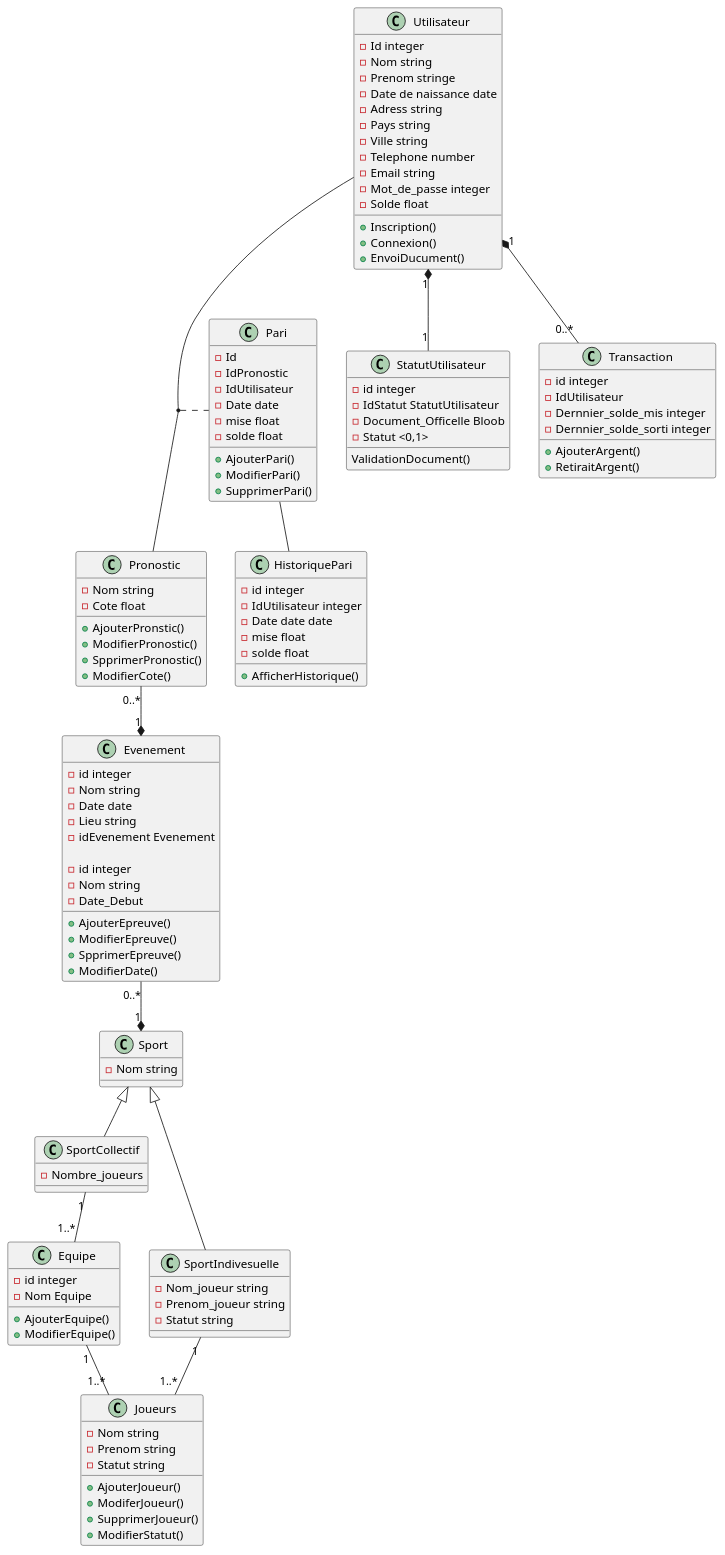
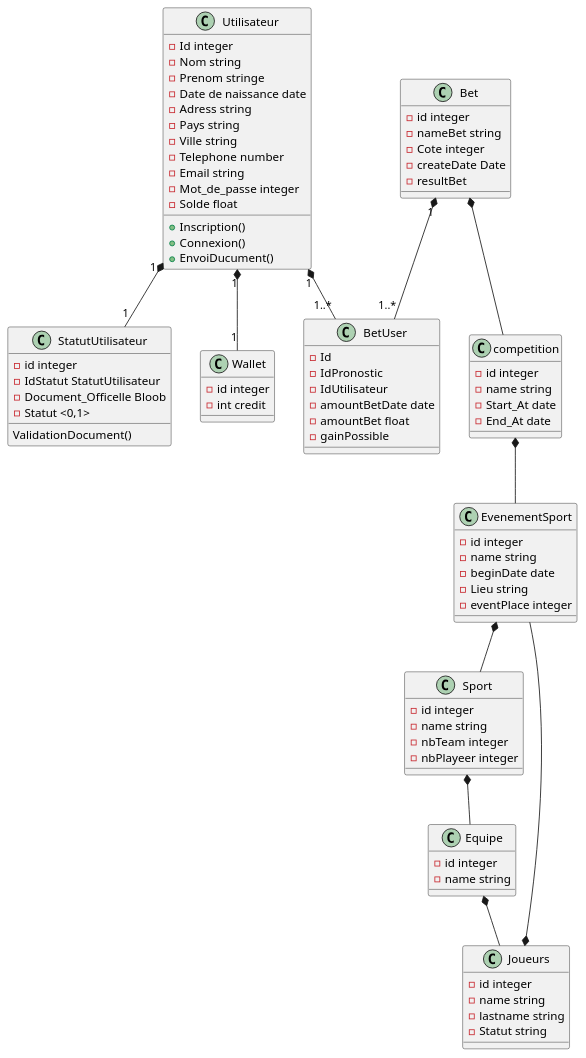
One commit to OFP-CDA-Mulhouse-2020/parisportif4 changed the diagram in Conception/pariSportif.puml. Above: the diagram before and after it, drawn with PlantUML. The commit also changed 1 other file, not shown here.

Commit message:
uml update

```diff
--- a/Conception/pariSportif.puml
+++ b/Conception/pariSportif.puml
@@ -1,134 +1,105 @@
 @startuml
 
 class Utilisateur {
     - Id integer
     - Nom string
     - Prenom stringe
     - Date de naissance date
     - Adress string
     - Pays string
     - Ville string
     - Telephone number
     - Email string
     - Mot_de_passe integer
     - Solde float
 
     + Inscription()
     + Connexion()
     + EnvoiDucument()
 }
 class StatutUtilisateur {
     - id integer
     - IdStatut StatutUtilisateur
     - Document_Officelle Bloob
     - Statut <0,1>
 
     ValidationDocument()
 }
 
-class Transaction {
+class Wallet {
     - id integer
-    - IdUtilisateur
-    - Dernnier_solde_mis integer
-    - Dernnier_solde_sorti integer
+    - int credit
 
-    + AjouterArgent()
-    + RetiraitArgent()
 }
 
-class Pari {
+class BetUser {
     - Id
     - IdPronostic
     - IdUtilisateur
-    - Date date
-    - mise float
-    - solde float
+    - amountBetDate date
+    - amountBet float
+    - gainPossible
 
-    + AjouterPari()
-    + ModifierPari()
-    + SupprimerPari()
 }
 
 
-class Pronostic {
-    - Nom string
-    - Cote float
-
-    + AjouterPronstic()
-    + ModifierPronostic()
-    + SpprimerPronostic()
-    + ModifierCote()
+class Bet {
+    - id integer
+    - nameBet string
+    - Cote integer
+    - createDate Date
+    - resultBet
 }
 
-class Evenement {
+class EvenementSport {
     - id integer
-    - Nom string
-    - Date date
+    - name string
+    - beginDate date
     - Lieu string
-    - idEvenement Evenement
-
-    + AjouterEpreuve()
-    + ModifierEpreuve()
-    + SpprimerEpreuve()
-    + ModifierDate()
+    - eventPlace integer
 }
 
-class Evenement {
+class competition {
     - id integer
-    - Nom string
-    - Date_Debut
+    - name string
+    - Start_At date
+    - End_At date
 }
 
 class Sport {
-    - Nom string
+    - id integer
+    - name string
+    - nbTeam integer
+    - nbPlayeer integer
 }
-class SportCollectif {
-    - Nombre_joueurs
-}
+
 class Equipe {
     - id integer
-    - Nom Equipe
+    - name string
 
-    + AjouterEquipe()
-    + ModifierEquipe()
 }
 class Joueurs {
-    - Nom string
-    - Prenom string
+    - id integer
+    - name string
+    - lastname string
     - Statut string
 
-    + AjouterJoueur()
-    + ModiferJoueur()
-    + SupprimerJoueur()
-    + ModifierStatut()
-}
-
-class SportIndivesuelle {
-    - Nom_joueur string
-    - Prenom_joueur string
-    - Statut string
-}
-class HistoriquePari {
-    - id integer
-    - IdUtilisateur integer
-    - Date date date
-    - mise float
-    - solde float
-
-    + AfficherHistorique()
 }
 
 
-(Utilisateur, Pronostic) . Pari
-Utilisateur "1" *-- "0..*" Transaction
+
+
+Utilisateur "1" *-- "1" Wallet
 Utilisateur "1" *-- "1" StatutUtilisateur
-Pronostic "0..*" --* "1" Evenement
+Bet "1" *-- "1..*" BetUser
+Utilisateur "1" *-- "1..*" BetUser
+Bet *-- competition
+competition *-- EvenementSport
+EvenementSport *-- Sport
+Sport *-- Equipe
+Equipe *-- Joueurs
+Joueurs *-- EvenementSport
 
-Evenement "0..*" --* "1" Sport
-Sport <|-- SportIndivesuelle
-Sport <|-- SportCollectif
-SportCollectif "1" -- "1..*" Equipe
-Equipe "1" -- "1..*" Joueurs
-Pari -- HistoriquePari
-SportIndivesuelle "1" -- "1..*" Joueurs
+
+
 @enduml
```
